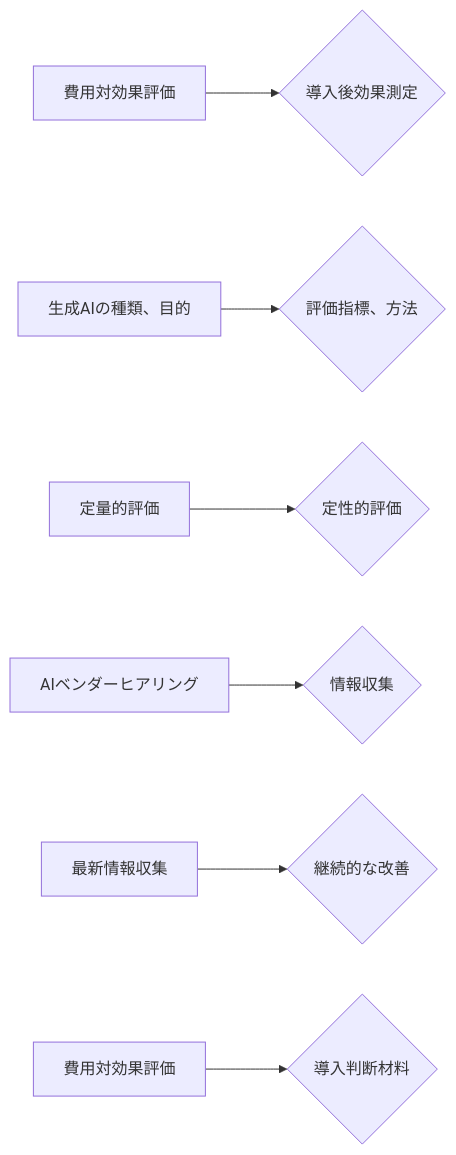
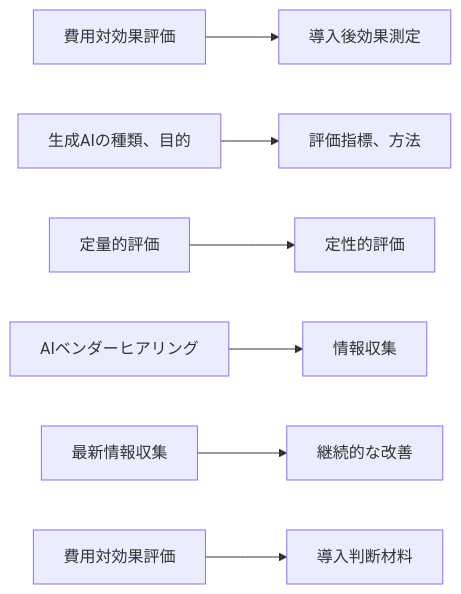
Before and after one commit to SparklingDetergent/doc_genai_How_to_evaluate_the_cost-effectiveness_of_using_generative_AI_for_business_purposes: diagram 15 of 16 in README.md, drawn with Mermaid. The commit also changed other lines of this file, not shown here.

````diff
--- a/README.md
+++ b/README.md
@@ -491,9 +502,9 @@
 ```mermaid
 graph LR
-    A[費用対効果評価] --> B{導入後効果測定}
-    C[生成AIの種類、目的] --> D{評価指標、方法}
-    E[定量的評価] --> F{定性的評価}
-    G[AIベンダーヒアリング] --> H{情報収集}
-    I[最新情報収集] --> J{継続的な改善}
-    K[費用対効果評価] --> L{導入判断材料}
+    A[費用対効果評価] --> B[導入後効果測定]
+    C[生成AIの種類、目的] --> D[評価指標、方法]
+    E[定量的評価] --> F[定性的評価]
+    G[AIベンダーヒアリング] --> H[情報収集]
+    I[最新情報収集] --> J[継続的な改善]
+    K[費用対効果評価] --> L[導入判断材料]
 ```
````
